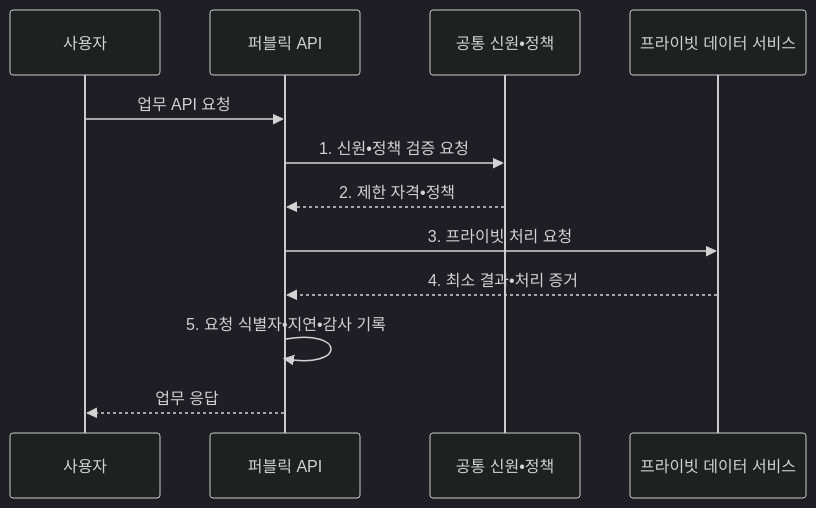
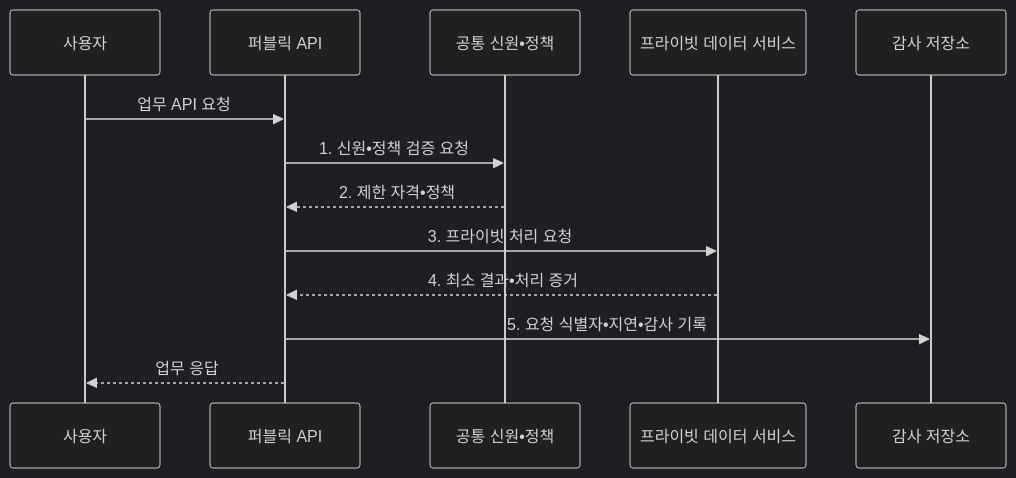
One commit to agnusdei1207/knowledge-base changed the second of 2 diagrams in src/content/docs/notes/03-software/142_cloud_deployment_models.md. Above: the diagram before and after it, drawn with Mermaid (dark theme). The commit also changed other lines of this file and 7 other files, not shown here.

````diff
--- a/src/content/docs/notes/03-software/142_cloud_deployment_models.md
+++ b/src/content/docs/notes/03-software/142_cloud_deployment_models.md
@@ -113,14 +113,15 @@
 ```mermaid
 sequenceDiagram
     participant U as 사용자
     participant P as 퍼블릭 API
     participant I as 공통 신원•정책
     participant R as 프라이빗 데이터 서비스
+    participant A as 감사 저장소
     U->>P: 업무 API 요청
     P->>I: 1. 신원•정책 검증 요청
     I-->>P: 2. 제한 자격•정책
     P->>R: 3. 프라이빗 처리 요청
     R-->>P: 4. 최소 결과•처리 증거
-    P->>P: 5. 요청 식별자•지연•감사 기록
+    P->>A: 5. 요청 식별자•지연•감사 기록
     P-->>U: 업무 응답
 ```
````
